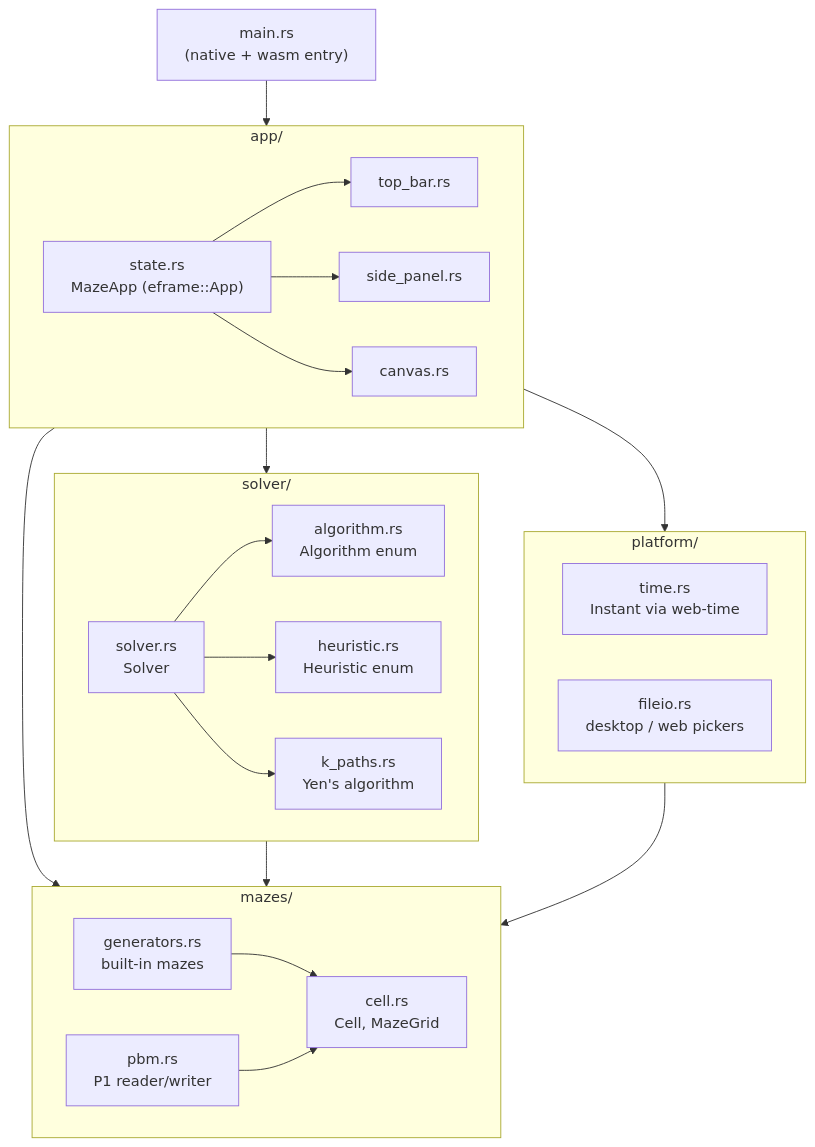
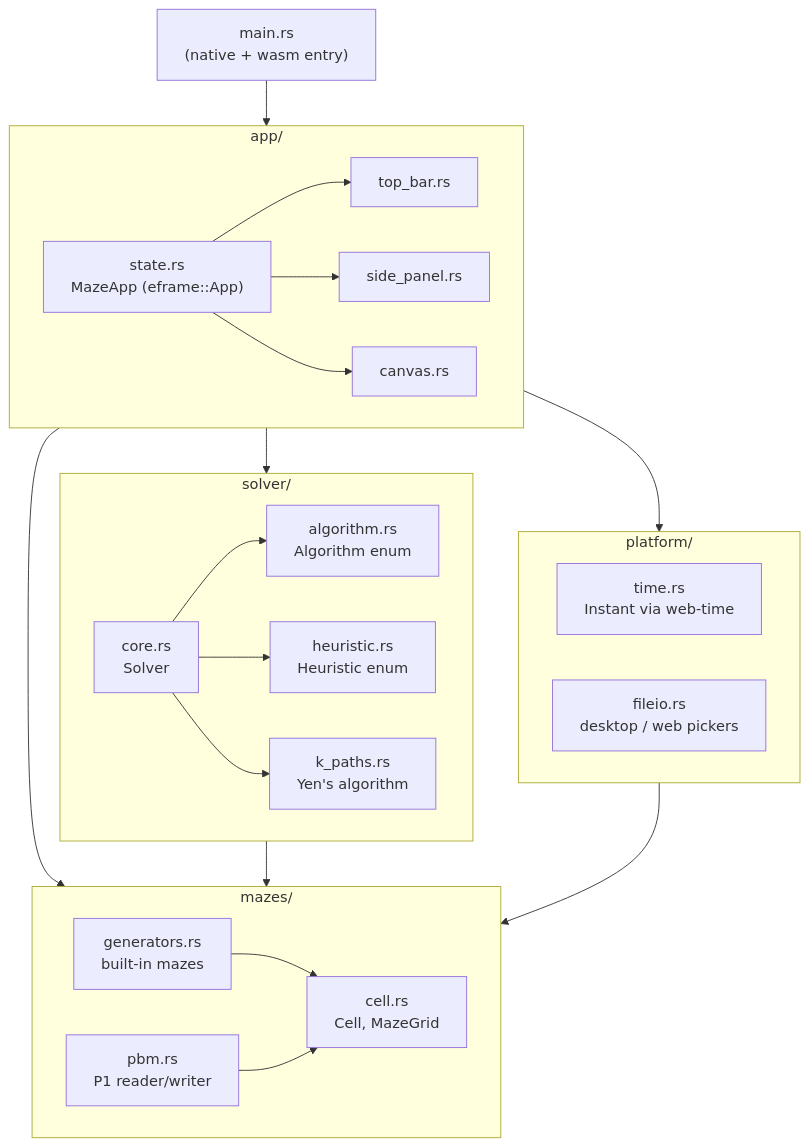
The first of 5 diagrams in docs/architecture.md (Loghic/pathlab), drawn with Mermaid before and after one commit. The commit also changed 11 other files, not shown here.

````diff
--- a/docs/architecture.md
+++ b/docs/architecture.md
@@ -8,43 +8,43 @@
 ```mermaid
 graph TD
     main["main.rs<br/>(native + wasm entry)"] --> app
     subgraph app["app/"]
         state["state.rs<br/>MazeApp (eframe::App)"]
         top["top_bar.rs"]
         side["side_panel.rs"]
         canvas["canvas.rs"]
         state --> top
         state --> side
         state --> canvas
     end
 
     app --> solver
     app --> mazes
     app --> platform
 
     subgraph solver["solver/"]
         algo["algorithm.rs<br/>Algorithm enum"]
         heur["heuristic.rs<br/>Heuristic enum"]
-        sv["solver.rs<br/>Solver"]
+        sv["core.rs<br/>Solver"]
         kp["k_paths.rs<br/>Yen's algorithm"]
         sv --> algo
         sv --> heur
         sv --> kp
     end
 
     subgraph mazes["mazes/"]
         cell["cell.rs<br/>Cell, MazeGrid"]
         gen["generators.rs<br/>built-in mazes"]
         pbm["pbm.rs<br/>P1 reader/writer"]
         gen --> cell
         pbm --> cell
     end
 
     subgraph platform["platform/"]
         time["time.rs<br/>Instant via web-time"]
         fileio["fileio.rs<br/>desktop / web pickers"]
     end
 
     solver --> mazes
     platform --> mazes
 ```
````
